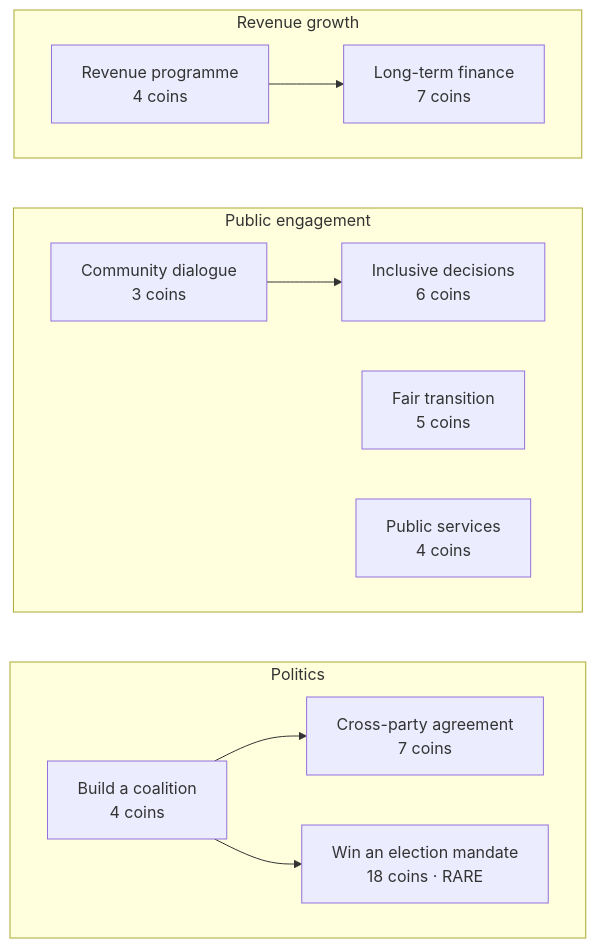
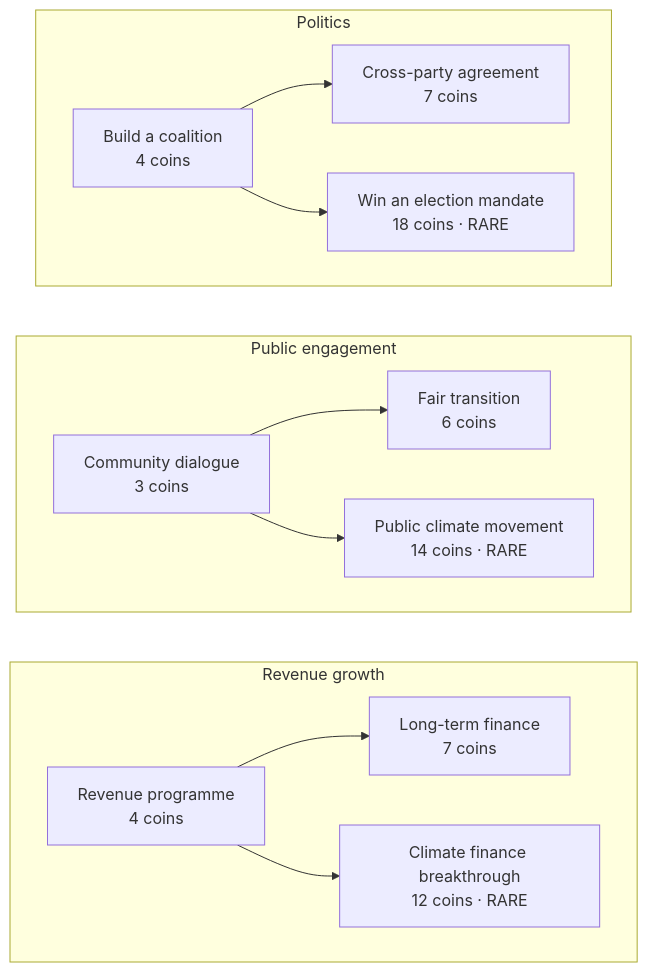
The eighth of 9 diagrams in public/card-guide.md (A-Weedy-Place/APECS_card-game), drawn with Mermaid before and after one commit. The commit also changed other lines of this file and 43 other files, not shown here.

````diff
--- a/public/card-guide.md
+++ b/public/card-guide.md
@@ -388,25 +212,27 @@
 ```mermaid
 flowchart LR
-  subgraph support_politics["Politics"]
+  subgraph support_economics["Revenue growth"]
     direction LR
-    coalition_v9["Build a coalition<br/>4 coins"]
-    assembly_v9["Cross-party agreement<br/>7 coins"]
-    mandate_v9["Win an election mandate<br/>18 coins · RARE"]
-    coalition_v9 --> assembly_v9
-    coalition_v9 --> mandate_v9
+    revenue_v11["Revenue programme<br/>4 coins"]
+    finance_v11["Long-term finance<br/>7 coins"]
+    finance_breakthrough_v11["Climate finance breakthrough<br/>12 coins · RARE"]
+    revenue_v11 --> finance_v11
+    revenue_v11 --> finance_breakthrough_v11
   end
   subgraph support_awareness["Public engagement"]
     direction LR
-    listen_v9["Community dialogue<br/>3 coins"]
-    fair_v9["Fair transition<br/>5 coins"]
-    participate_v9["Inclusive decisions<br/>6 coins"]
-    access_v9["Public services<br/>4 coins"]
-    listen_v9 --> participate_v9
+    dialogue_v11["Community dialogue<br/>3 coins"]
+    fair_transition_v11["Fair transition<br/>6 coins"]
+    public_movement_v11["Public climate movement<br/>14 coins · RARE"]
+    dialogue_v11 --> fair_transition_v11
+    dialogue_v11 --> public_movement_v11
   end
-  subgraph support_economics["Revenue growth"]
+  subgraph support_politics["Politics"]
     direction LR
-    revenue_v9["Revenue programme<br/>4 coins"]
-    finance_v9["Long-term finance<br/>7 coins"]
-    revenue_v9 --> finance_v9
+    coalition_v11["Build a coalition<br/>4 coins"]
+    agreement_v11["Cross-party agreement<br/>7 coins"]
+    mandate_v11["Win an election mandate<br/>18 coins · RARE"]
+    coalition_v11 --> agreement_v11
+    coalition_v11 --> mandate_v11
   end
 ```
````
